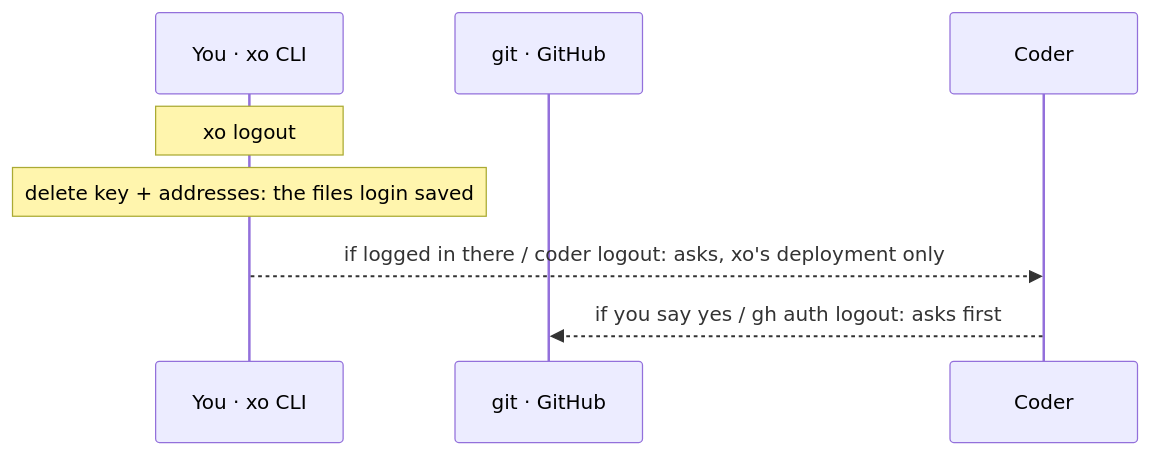
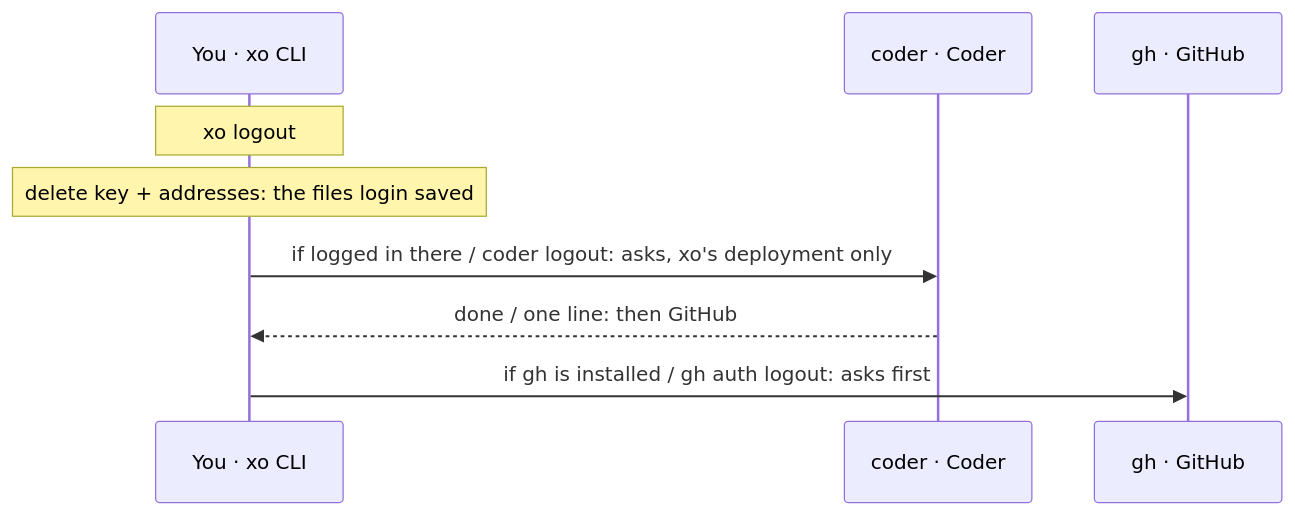
One commit to quirq-ai/xo changed the fourth of 32 diagrams in docs/architecture.md. Above: the diagram before and after it, drawn with Mermaid. The commit also changed other lines of this file and 10 other files, not shown here.

First line of the commit message:
xo create and architecture: audit fixes on top of #35 and #36

````diff
--- a/docs/architecture.md
+++ b/docs/architecture.md
@@ -127,10 +137,11 @@
 ```mermaid
 sequenceDiagram
   participant Cli as You · xo CLI
-  participant Git as git · GitHub
-  participant Coder as Coder
+  participant Coder as coder · Coder
+  participant Gh as gh · GitHub
   Note over Cli: xo logout
   Note over Cli: delete key + addresses: the files login saved
-  Cli-->>Coder: if logged in there / coder logout: asks, xo's deployment only
-  Coder-->>Git: if you say yes / gh auth logout: asks first
+  Cli->>Coder: if logged in there / coder logout: asks, xo's deployment only
+  Coder-->>Cli: done / one line: then GitHub
+  Cli->>Gh: if gh is installed / gh auth logout: asks first
 ```
````
